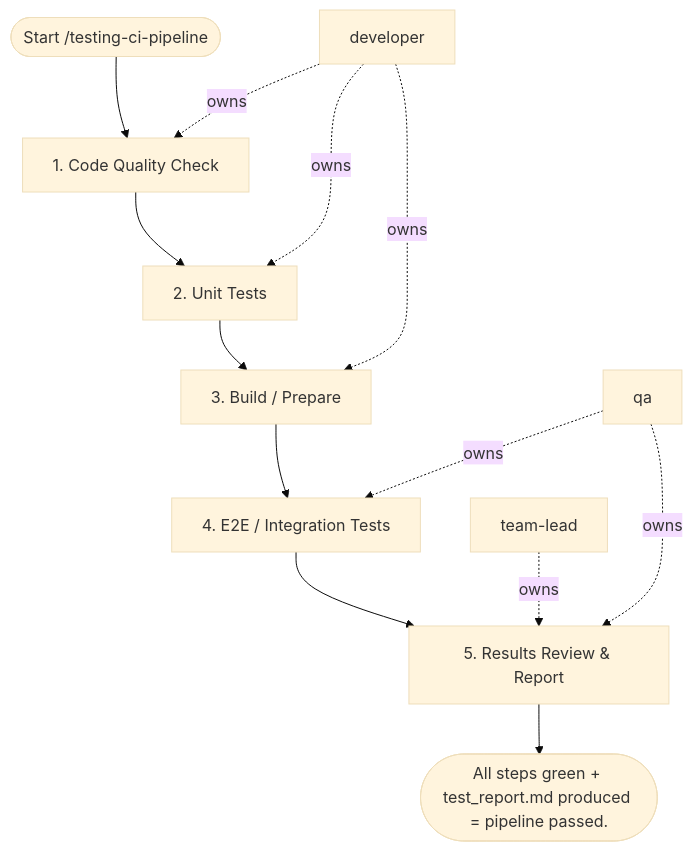
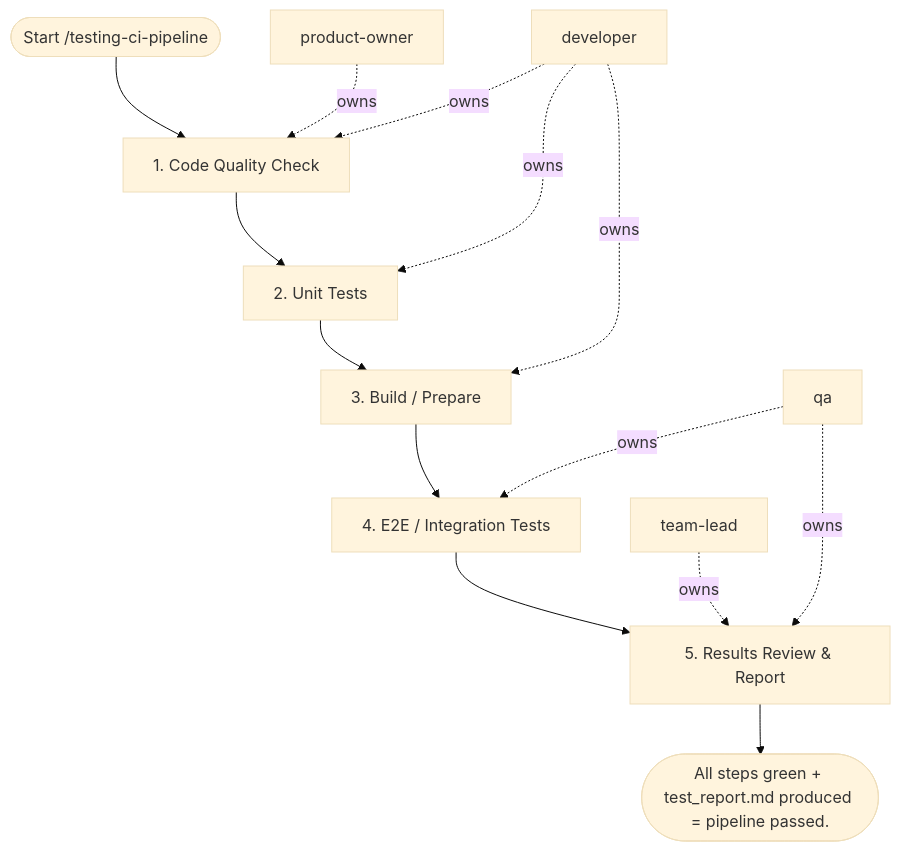
Before and after one commit to sawrus/agent-guides: the diagram in areas/software/full-stack/workflows/testing-ci-pipeline.md, drawn with Mermaid (base theme). The commit also changed other lines of this file and 76 other files, not shown here.

Commit message:
Standardize workflow product owner initiation

````diff
--- a/areas/software/full-stack/workflows/testing-ci-pipeline.md
+++ b/areas/software/full-stack/workflows/testing-ci-pipeline.md
@@ -67,25 +67,27 @@
 ```mermaid
 flowchart TD
   start(["Start /testing-ci-pipeline"])
-  role_1["developer"]
-  role_2["qa"]
-  role_3["team-lead"]
+  role_1["product-owner"]
+  role_2["developer"]
+  role_3["qa"]
+  role_4["team-lead"]
   step_1["1. Code Quality Check"]
   step_2["2. Unit Tests"]
   step_3["3. Build / Prepare"]
   step_4["4. E2E / Integration Tests"]
   step_5["5. Results Review & Report"]
   exit(["All steps green + test_report.md produced = pipeline passed."])
   start --> step_1
   step_1 --> step_2
   step_2 --> step_3
   step_3 --> step_4
   step_4 --> step_5
   step_5 --> exit
   role_1 -. owns .-> step_1
-  role_1 -. owns .-> step_2
-  role_1 -. owns .-> step_3
-  role_2 -. owns .-> step_4
+  role_2 -. owns .-> step_1
+  role_2 -. owns .-> step_2
+  role_2 -. owns .-> step_3
+  role_3 -. owns .-> step_4
+  role_4 -. owns .-> step_5
   role_3 -. owns .-> step_5
-  role_2 -. owns .-> step_5
 ```
````
